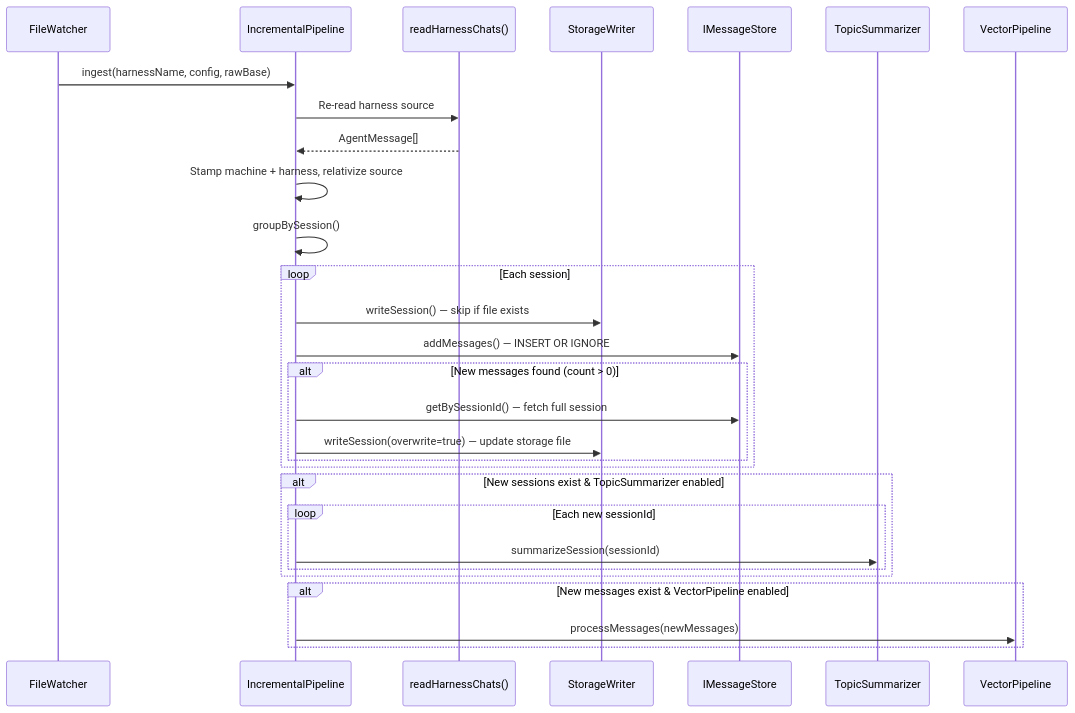
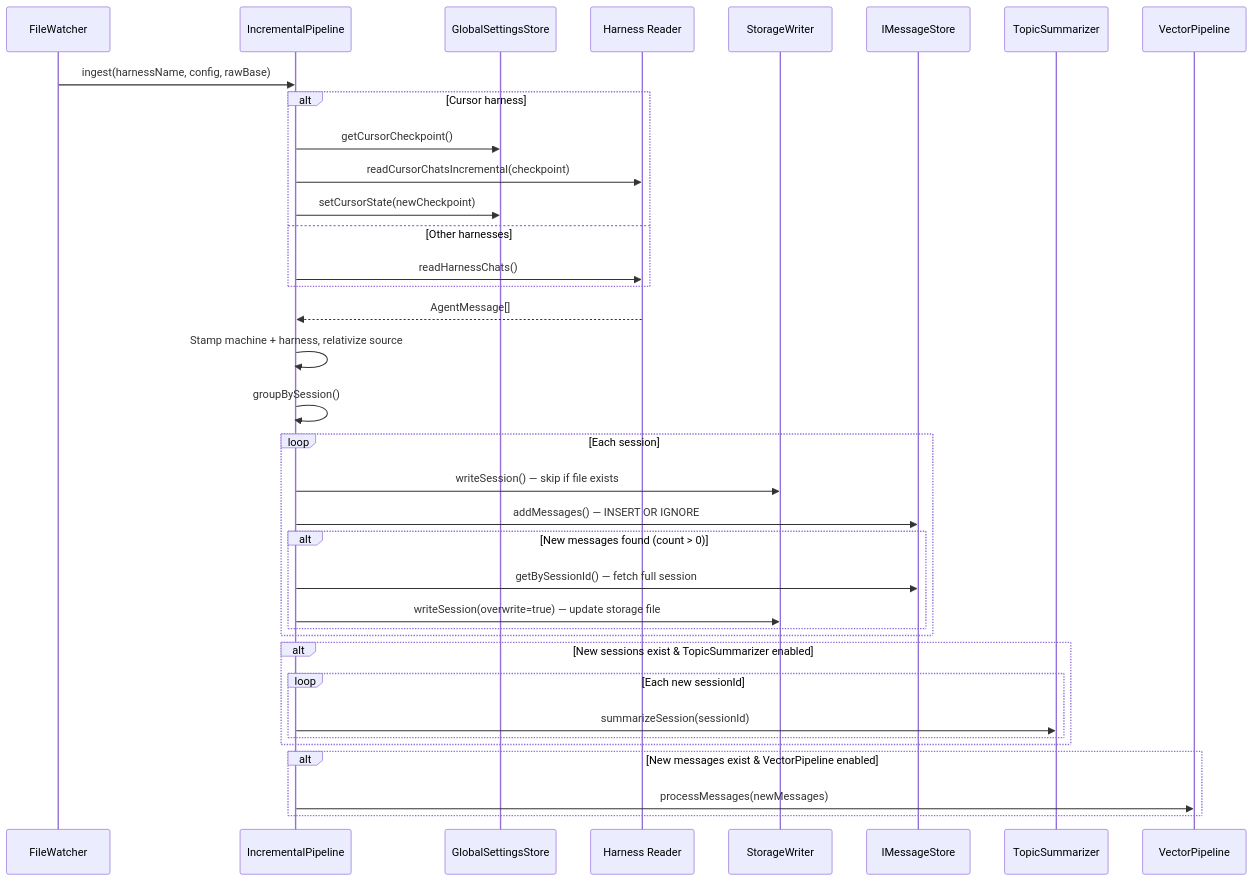
The fourth of 15 diagrams in server/zz-reach2/architecture/data/archi-file-watcher.md (Kyliathy/context-core), drawn with Mermaid before and after one commit. The commit also changed other lines of this file and 23 other files, not shown here.

````diff
--- a/server/zz-reach2/architecture/data/archi-file-watcher.md
+++ b/server/zz-reach2/architecture/data/archi-file-watcher.md
@@ -176,36 +190,43 @@
 ```mermaid
 sequenceDiagram
     participant FW as FileWatcher
     participant IP as IncrementalPipeline
-    participant HR as readHarnessChats()
+    participant GS as GlobalSettingsStore
+    participant HR as Harness Reader
     participant SW as StorageWriter
     participant DB as IMessageStore
     participant TS as TopicSummarizer
     participant VP as VectorPipeline
 
     FW->>IP: ingest(harnessName, config, rawBase)
-    IP->>HR: Re-read harness source
+    alt Cursor harness
+        IP->>GS: getCursorCheckpoint()
+        IP->>HR: readCursorChatsIncremental(checkpoint)
+        IP->>GS: setCursorState(newCheckpoint)
+    else Other harnesses
+        IP->>HR: readHarnessChats()
+    end
     HR-->>IP: AgentMessage[]
     IP->>IP: Stamp machine + harness, relativize source
 
     IP->>IP: groupBySession()
 
     loop Each session
         IP->>SW: writeSession() — skip if file exists
         IP->>DB: addMessages() — INSERT OR IGNORE
         alt New messages found (count > 0)
             IP->>DB: getBySessionId() — fetch full session
             IP->>SW: writeSession(overwrite=true) — update storage file
         end
     end
 
     alt New sessions exist & TopicSummarizer enabled
         loop Each new sessionId
             IP->>TS: summarizeSession(sessionId)
         end
     end
 
     alt New messages exist & VectorPipeline enabled
         IP->>VP: processMessages(newMessages)
     end
 ```
````
